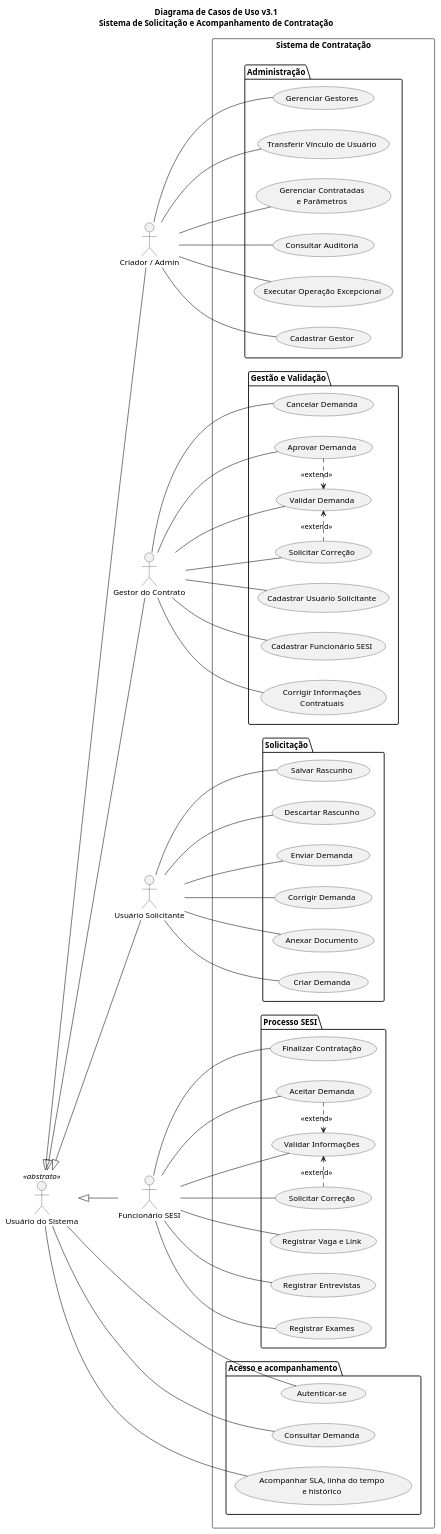
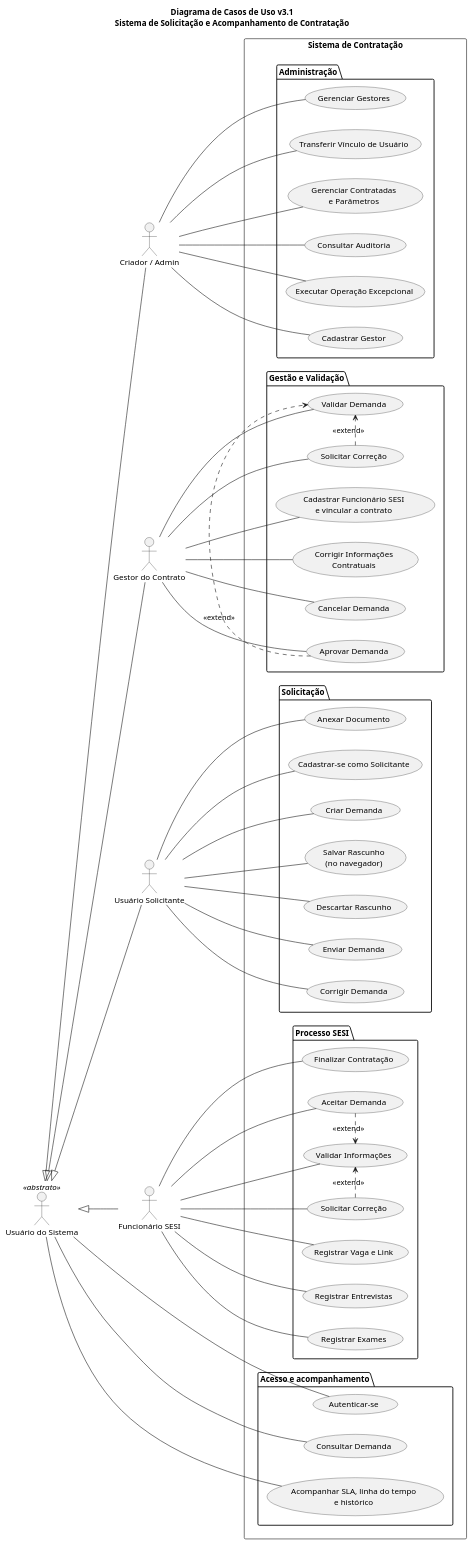
Before and after one commit to devrenanzin/tcc_app_solic_terceiros: the second of 6 diagrams in docs/REQUISITOS_v3.1.md, drawn with PlantUML. The commit also changed other lines of this file and 2 other files, not shown here.

```diff
--- a/docs/REQUISITOS_v3.1.md
+++ b/docs/REQUISITOS_v3.1.md
@@ -1215,8 +1260,7 @@
     usecase "Executar Operação Excepcional" as Excepcional
   }
   package "Gestão e Validação" {
-    usecase "Cadastrar Usuário Solicitante" as CadSolicitante
-    usecase "Cadastrar Funcionário SESI" as CadSESI
+    usecase "Cadastrar Funcionário SESI\ne vincular a contrato" as CadSESI
     usecase "Validar Demanda" as ValidarGestor
     usecase "Aprovar Demanda" as Aprovar
     usecase "Solicitar Correção" as CorrigirGestor
@@ -1224,8 +1268,9 @@
     usecase "Cancelar Demanda" as Cancelar
   }
   package "Solicitação" {
+    usecase "Cadastrar-se como Solicitante" as CadSolicitante
     usecase "Criar Demanda" as Criar
-    usecase "Salvar Rascunho" as Rascunho
+    usecase "Salvar Rascunho\n(no navegador)" as Rascunho
     usecase "Descartar Rascunho" as Descartar
     usecase "Enviar Demanda" as Enviar
     usecase "Corrigir Demanda" as Corrigir
@@ -1254,7 +1299,6 @@
 Admin -- Auditoria
 Admin -- Excepcional
 
-Gestor -- CadSolicitante
 Gestor -- CadSESI
 Gestor -- ValidarGestor
 Gestor -- Aprovar
@@ -1262,6 +1306,7 @@
 Gestor -- CorrigirContratual
 Gestor -- Cancelar
 
+Solicitante -- CadSolicitante
 Solicitante -- Criar
 Solicitante -- Rascunho
 Solicitante -- Descartar
```
